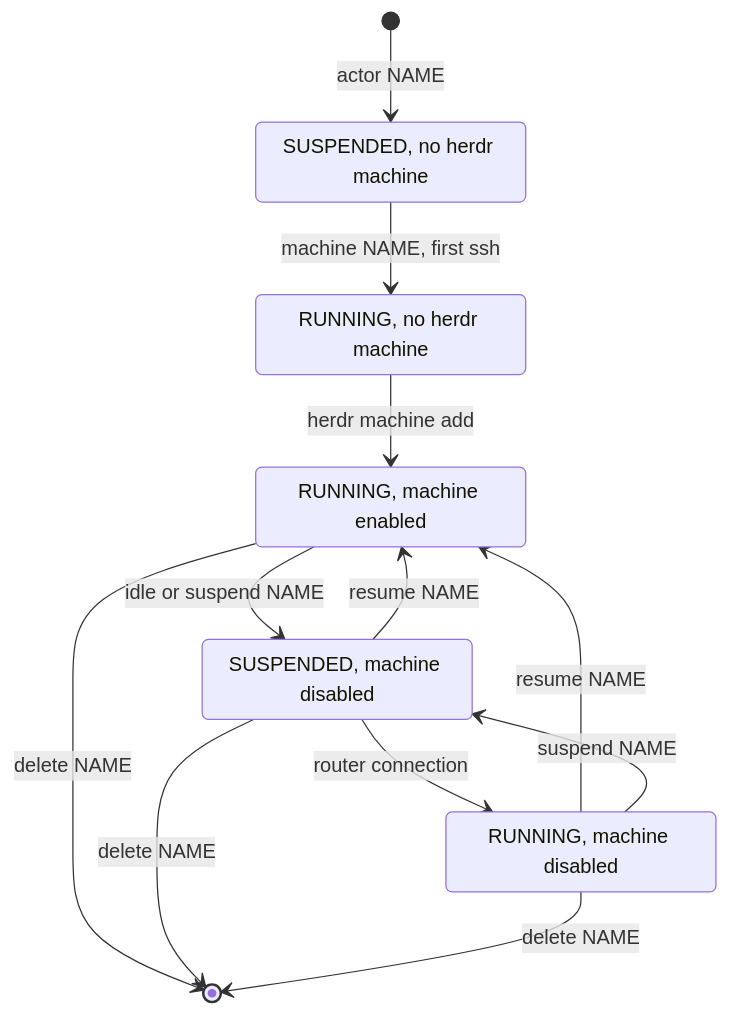
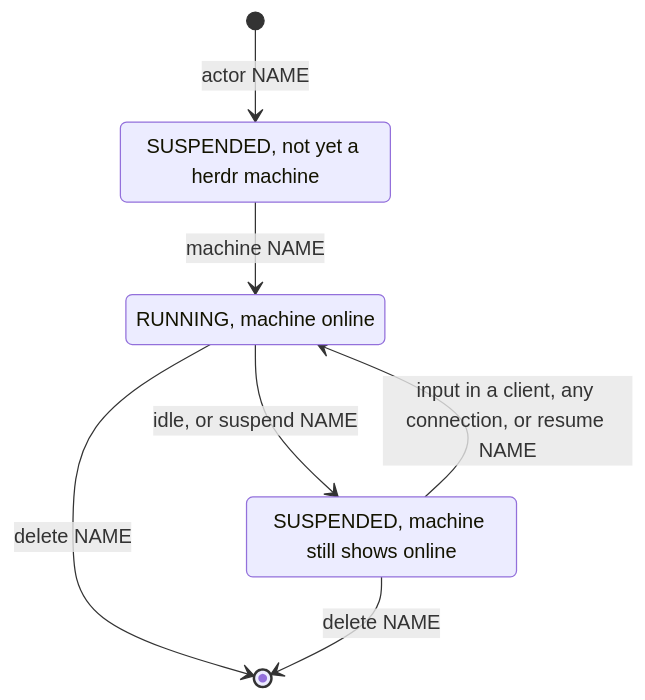
Before and after one commit to danaschwanden/herdr-agent-substrate: the fourth of 17 diagrams in README.md, drawn with Mermaid. The commit also changed other lines of this file and 15 other files, not shown here.

````diff
--- a/README.md
+++ b/README.md
@@ -495,20 +566,13 @@
 ```mermaid
 stateDiagram-v2
-  state "SUSPENDED, no herdr machine" as S0
-  state "RUNNING, no herdr machine" as R0
-  state "RUNNING, machine enabled" as RE
-  state "SUSPENDED, machine disabled" as SD
-  state "RUNNING, machine disabled" as RD
+  state "SUSPENDED, not yet a herdr machine" as S0
+  state "RUNNING, machine online" as R
+  state "SUSPENDED, machine still shows online" as S
 
   [*] --> S0: actor NAME
-  S0 --> R0: machine NAME, first ssh
-  R0 --> RE: herdr machine add
-  RE --> SD: idle or suspend NAME
-  SD --> RE: resume NAME
-  SD --> RD: router connection
-  RD --> RE: resume NAME
-  RD --> SD: suspend NAME
-  RE --> [*]: delete NAME
-  SD --> [*]: delete NAME
-  RD --> [*]: delete NAME
+  S0 --> R: machine NAME
+  R --> S: idle, or suspend NAME
+  S --> R: input in a client, any connection, or resume NAME
+  R --> [*]: delete NAME
+  S --> [*]: delete NAME
 ```
````
